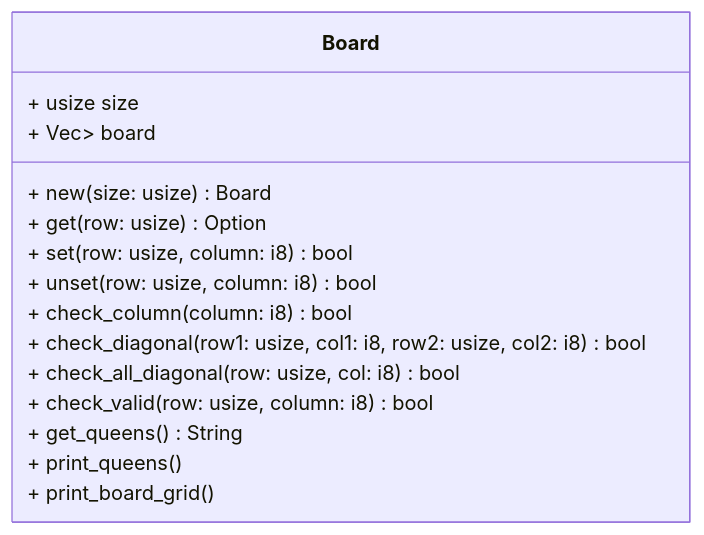
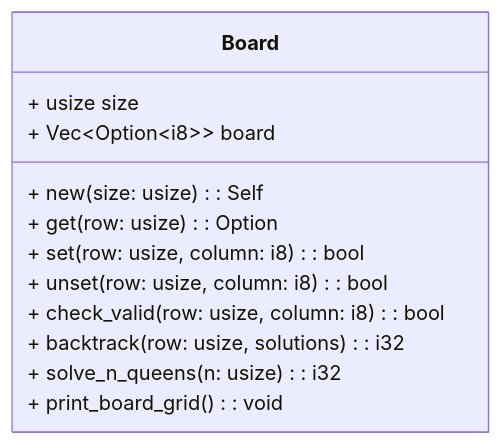
Before and after one commit to JanikkinaJ/ai-project: the diagram in README.org, drawn with Mermaid. The commit also changed other lines of this file, not shown here.

```diff
--- a/README.org
+++ b/README.org
@@ -94,18 +82,15 @@
-#+BEGIN_SRC mermaid :file board_class_diagram.png :exports both
+#+begin_src mermaid :file board_state_diagram.png :exports results
 classDiagram
     class Board {
         + usize size
-        + Vec<Option<i8>> board
-        + new(size: usize) Board
-        + get(row: usize) Option<i8>
-        + set(row: usize, column: i8) bool
-        + unset(row: usize, column: i8) bool
-        + check_column(column: i8) bool
-        + check_diagonal(row1: usize, col1: i8, row2: usize, col2: i8) bool
-        + check_all_diagonal(row: usize, col: i8) bool
-        + check_valid(row: usize, column: i8) bool
-        + get_queens() String
-        + print_queens()
-        + print_board_grid()
+        + Vec&lt;Option&lt;i8&gt;&gt; board
+        + new(size: usize): Self
+        + get(row: usize): Option<i8>
+        + set(row: usize, column: i8): bool
+        + unset(row: usize, column: i8): bool
+        + check_valid(row: usize, column: i8): bool
+        + backtrack(row: usize, solutions): i32
+        + solve_n_queens(n: usize): i32
+        + print_board_grid(): void
     }
-#+END_SRC
+#+end_src
```
